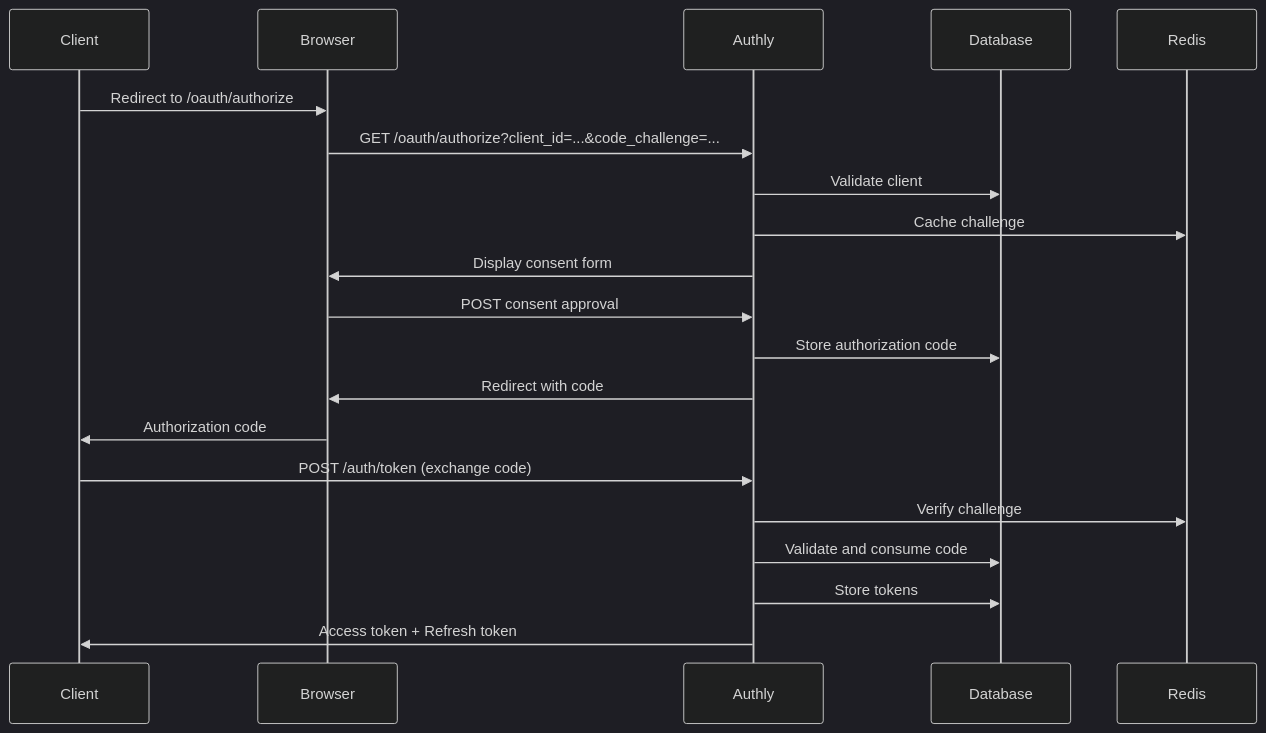
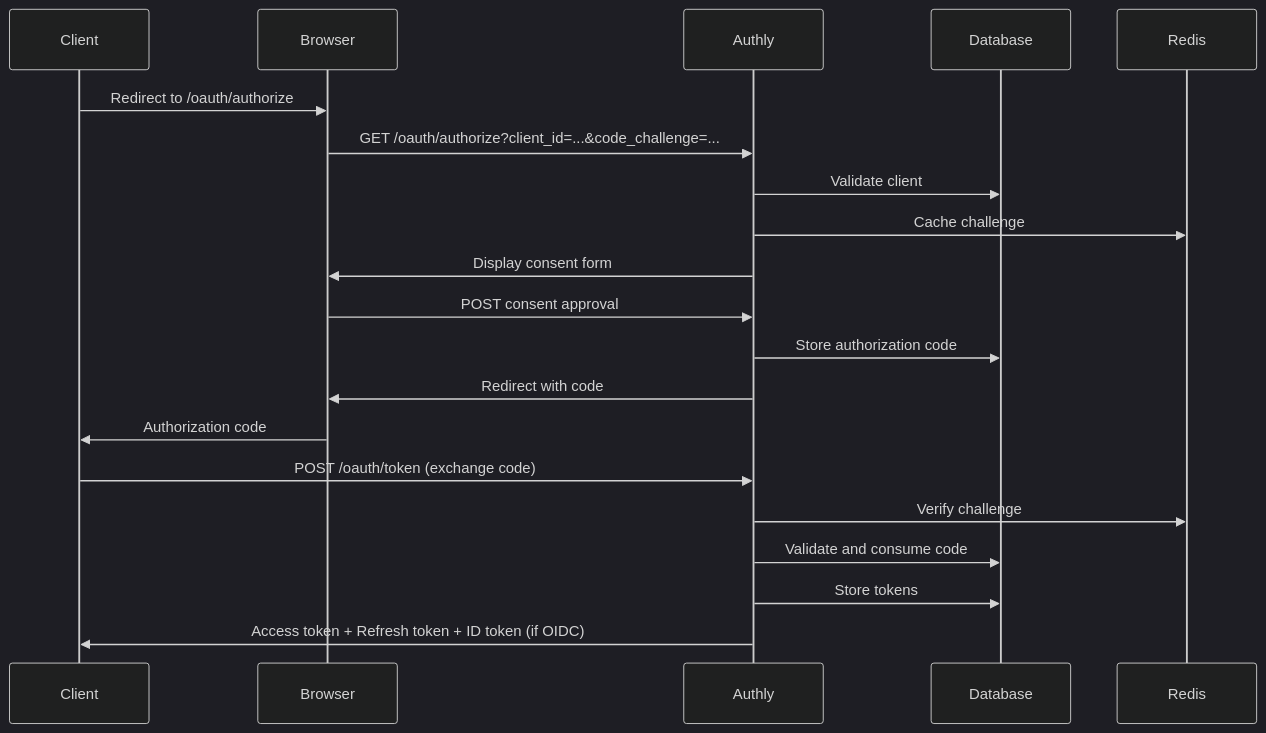
Before and after one commit to descoped/authly: the second of 5 diagrams in docs/architecture.md, drawn with Mermaid (dark theme). The commit also changed other lines of this file and 39 other files, not shown here.

First line of the commit message:
feat: implement OAuth 2.1 strict compliance with client credentials grant

````diff
--- a/docs/architecture.md
+++ b/docs/architecture.md
@@ -372,23 +550,23 @@
 ```mermaid
 sequenceDiagram
     participant Client
     participant Browser
     participant Authly
     participant Database
     participant Redis
 
     Client->>Browser: Redirect to /oauth/authorize
     Browser->>Authly: GET /oauth/authorize?client_id=...&code_challenge=...
     Authly->>Database: Validate client
     Authly->>Redis: Cache challenge
     Authly->>Browser: Display consent form
     Browser->>Authly: POST consent approval
     Authly->>Database: Store authorization code
     Authly->>Browser: Redirect with code
     Browser->>Client: Authorization code
-    Client->>Authly: POST /auth/token (exchange code)
+    Client->>Authly: POST /oauth/token (exchange code)
     Authly->>Redis: Verify challenge
     Authly->>Database: Validate and consume code
     Authly->>Database: Store tokens
-    Authly->>Client: Access token + Refresh token
+    Authly->>Client: Access token + Refresh token + ID token (if OIDC)
 ```
````
